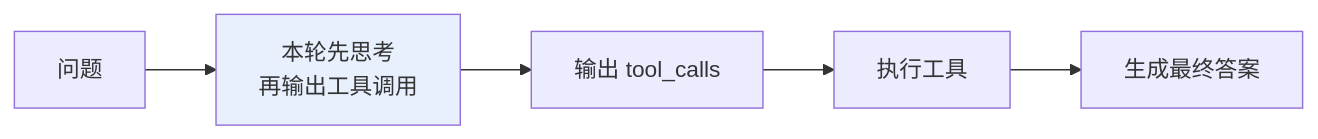
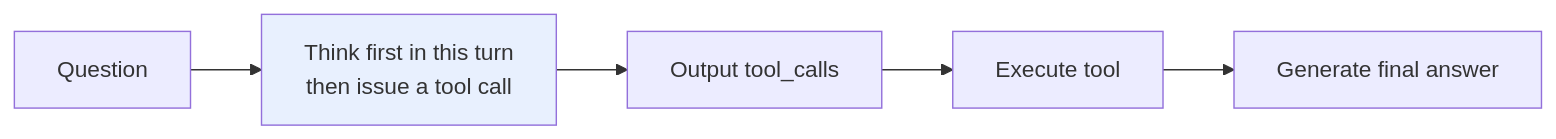
Before and after one commit to oneleaveknowsthefall/awesome-ai-roadmap: the third of 4 diagrams in docs/tools/01-function-calling/07-reasoning-models-and-tools.md, drawn with Mermaid. The commit also changed other lines of this file and 42 other files, not shown here.

````diff
--- a/docs/tools/01-function-calling/07-reasoning-models-and-tools.md
+++ b/docs/tools/01-function-calling/07-reasoning-models-and-tools.md
@@ -97,9 +97,9 @@
 ```mermaid
 flowchart LR
-    Q[问题] --> T["本轮先思考<br/>再输出工具调用"]
-    T --> TC[输出 tool_calls]
-    TC --> EX[执行工具]
-    EX --> A[生成最终答案]
+    Q[Question] --> T["Think first in this turn<br/>then issue a tool call"]
+    T --> TC[Output tool_calls]
+    TC --> EX[Execute tool]
+    EX --> A[Generate final answer]
 
     style T fill:#e8f0fe
 ```
````
